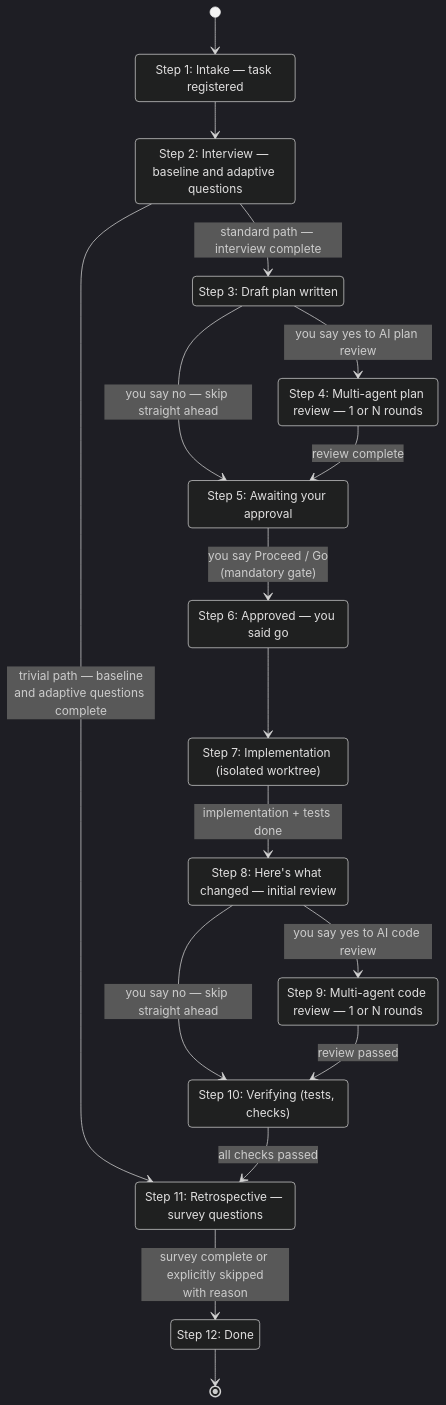
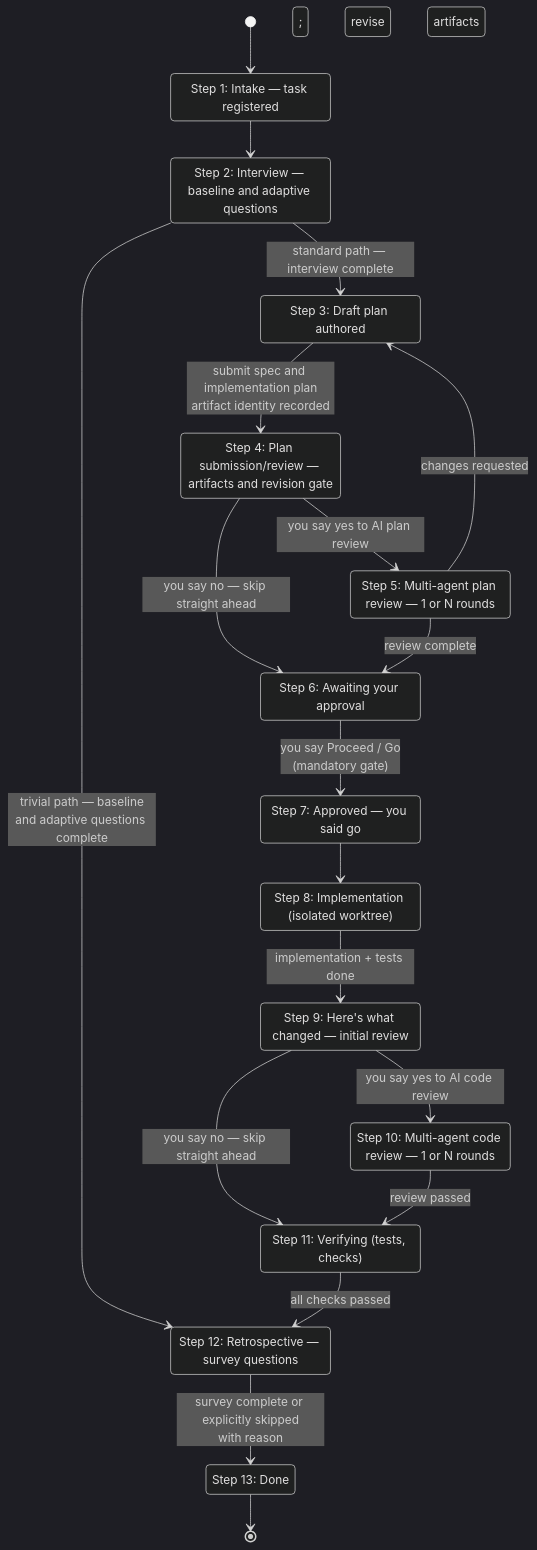
Before and after one commit to richfrem/agent-plugins-skills: the diagram in docs/diagrams/control-plane-pipeline-happy-path.mermaid, drawn with Mermaid (dark theme). The commit also changed 50 other files, not shown here.

```diff
--- a/docs/diagrams/control-plane-pipeline-happy-path.mermaid
+++ b/docs/diagrams/control-plane-pipeline-happy-path.mermaid
@@ -1,30 +1,33 @@
 stateDiagram-v2
     state "Step 1: Intake — task registered" as INTAKE
     state "Step 2: Interview — baseline and adaptive questions" as INTERVIEW
-    state "Step 3: Draft plan written" as DRAFT_PLAN
-    state "Step 4: Multi-agent plan review — 1 or N rounds" as MULTI_AGENT_REVIEW
-    state "Step 5: Awaiting your approval" as AWAITING_APPROVAL
-    state "Step 6: Approved — you said go" as APPROVED
-    state "Step 7: Implementation (isolated worktree)" as IN_WORKTREE
-    state "Step 8: Here's what changed — initial review" as WORKTREE_REVIEW
-    state "Step 9: Multi-agent code review — 1 or N rounds" as MULTI_AGENT_CODE_REVIEW
-    state "Step 10: Verifying (tests, checks)" as VERIFY_EXIT
-    state "Step 11: Retrospective — survey questions" as RETROSPECTIVE
-    state "Step 12: Done" as DONE
+    state "Step 3: Draft plan authored" as DRAFT_PLAN
+    state "Step 4: Plan submission/review — artifacts and revision gate" as PLAN_REVIEW
+    state "Step 5: Multi-agent plan review — 1 or N rounds" as MULTI_AGENT_REVIEW
+    state "Step 6: Awaiting your approval" as AWAITING_APPROVAL
+    state "Step 7: Approved — you said go" as APPROVED
+    state "Step 8: Implementation (isolated worktree)" as IN_WORKTREE
+    state "Step 9: Here's what changed — initial review" as WORKTREE_REVIEW
+    state "Step 10: Multi-agent code review — 1 or N rounds" as MULTI_AGENT_CODE_REVIEW
+    state "Step 11: Verifying (tests, checks)" as VERIFY_EXIT
+    state "Step 12: Retrospective — survey questions" as RETROSPECTIVE
+    state "Step 13: Done" as DONE
 
     [*] --> INTAKE
     INTAKE --> INTERVIEW
     INTERVIEW --> RETROSPECTIVE : trivial path — baseline<br/>and adaptive questions complete
     INTERVIEW --> DRAFT_PLAN : standard path — interview complete
-    DRAFT_PLAN --> MULTI_AGENT_REVIEW : you say yes to AI plan review
-    DRAFT_PLAN --> AWAITING_APPROVAL : you say no — skip straight ahead
+    DRAFT_PLAN --> PLAN_REVIEW : submit spec and implementation plan<br/>artifact identity recorded
+    PLAN_REVIEW --> MULTI_AGENT_REVIEW : you say yes to AI plan review
+    PLAN_REVIEW --> AWAITING_APPROVAL : you say no — skip straight ahead
     MULTI_AGENT_REVIEW --> AWAITING_APPROVAL : review complete
+    MULTI_AGENT_REVIEW --> DRAFT_PLAN : changes requested; revise artifacts
     AWAITING_APPROVAL --> APPROVED : you say Proceed / Go<br/>(mandatory gate)
     APPROVED --> IN_WORKTREE
     IN_WORKTREE --> WORKTREE_REVIEW : implementation + tests done
     WORKTREE_REVIEW --> MULTI_AGENT_CODE_REVIEW : you say yes to AI code review
     WORKTREE_REVIEW --> VERIFY_EXIT : you say no — skip straight ahead
     MULTI_AGENT_CODE_REVIEW --> VERIFY_EXIT : review passed
     VERIFY_EXIT --> RETROSPECTIVE : all checks passed
     RETROSPECTIVE --> DONE : survey complete or explicitly skipped<br/>with reason
     DONE --> [*]
```
